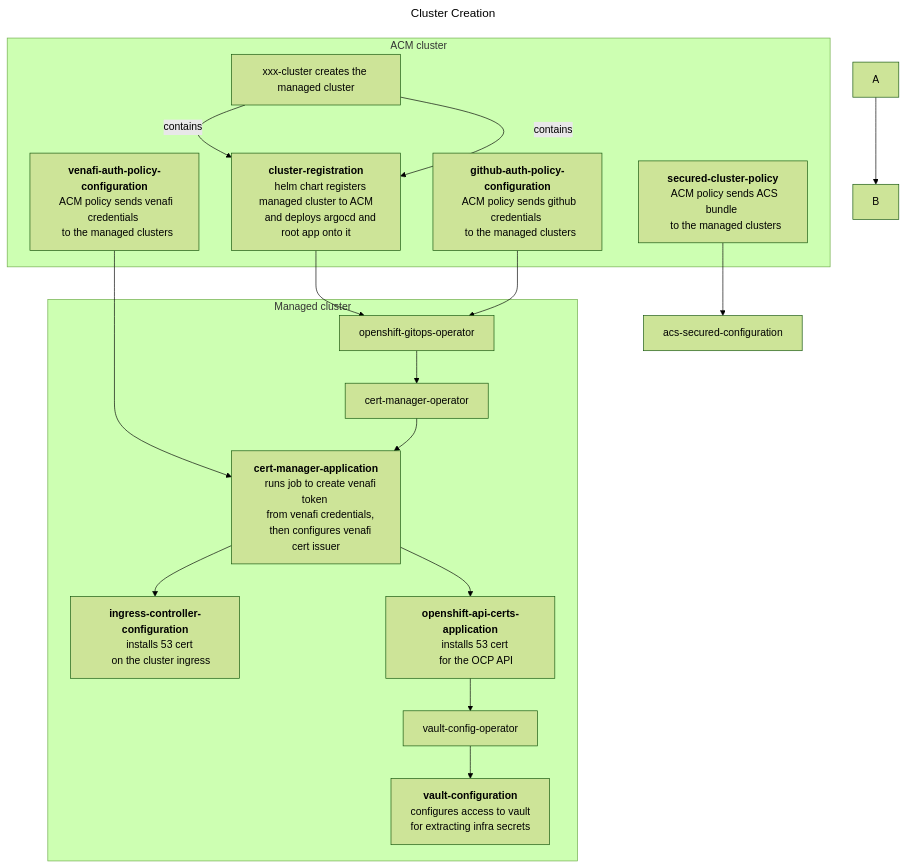
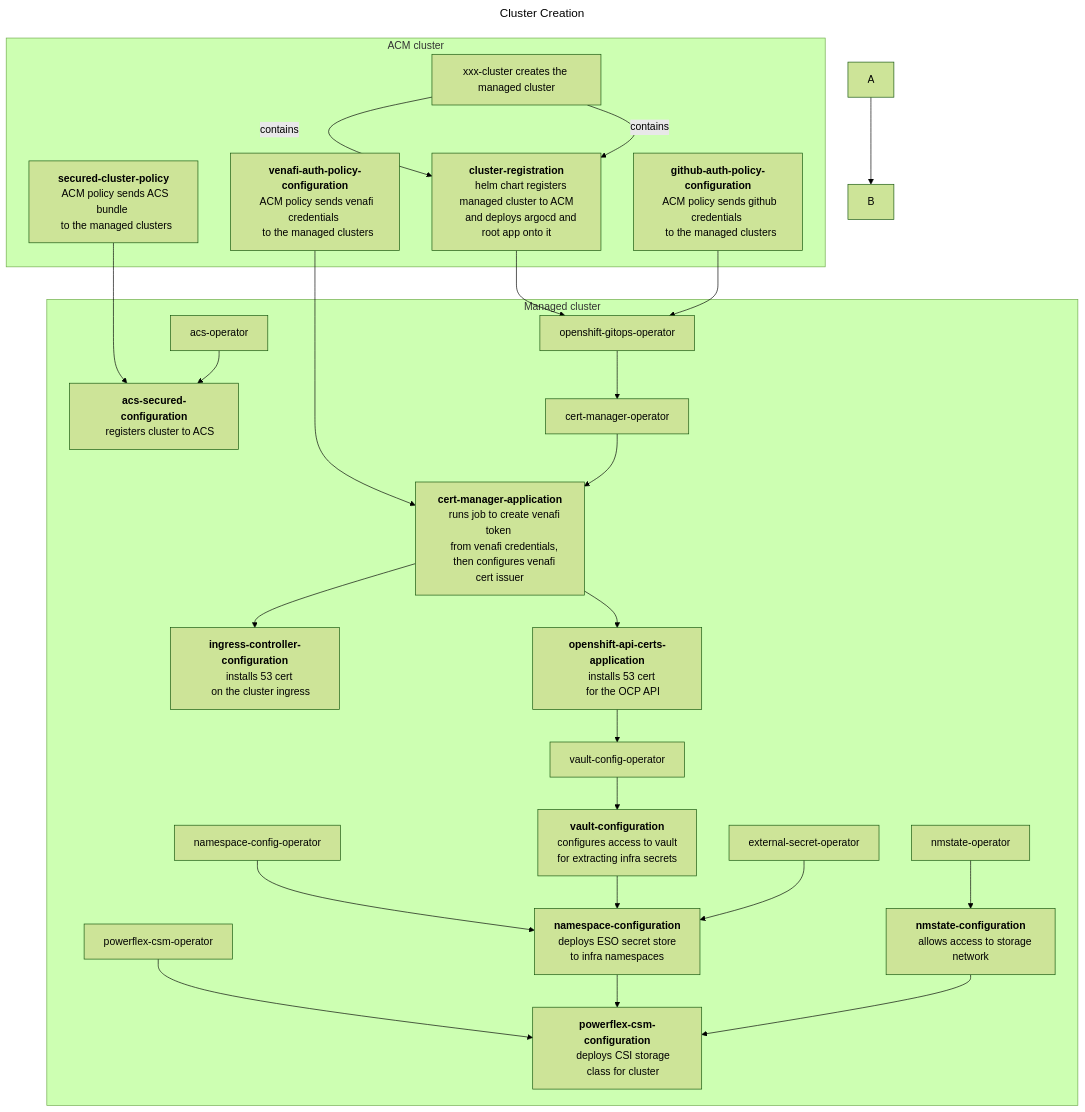
The diagram in test-mermaid/test-mermaid.build.md (mmwillingham/acm), drawn with Mermaid (forest theme) before and after one commit. The commit also changed other lines of this file, not shown here.

````diff
--- a/test-mermaid/test-mermaid.build.md
+++ b/test-mermaid/test-mermaid.build.md
@@ -2,45 +2,59 @@
 ```mermaid
 ---
 title: Cluster Creation
 ---
 flowchart TD
 A --> B
 venafi-auth-policy-configuration --> cert-manager-application
 cluster-registration --> openshift-gitops-operator
 github-auth-policy-configuration --> openshift-gitops-operator
 secured-cluster-policy --> acs-secured-configuration
 subgraph ACM cluster
 xxx-cluster["xxx-cluster creates the managed cluster"] -- contains --> cluster-registration["<b>cluster-registration</b>
   helm chart registers managed cluster to ACM
   and deploys argocd and root app onto it"]
 venafi-auth-policy-configuration["<b>venafi-auth-policy-configuration</b>
   ACM policy sends venafi credentials 
   to the managed clusters"]
 github-auth-policy-configuration["<b>github-auth-policy-configuration</b>
   ACM policy sends github credentials 
   to the managed clusters"]
 secured-cluster-policy["<b>secured-cluster-policy</b>
   ACM policy sends ACS bundle 
   to the managed clusters"]
 end
 subgraph Managed cluster
 xxx-cluster["xxx-cluster creates the managed cluster"] -- contains --> cluster-registration["<b>cluster-registration</b>
     helm chart registers managed cluster to ACM
     and deploys argocd and root app onto it"]
 openshift-gitops-operator --> cert-manager-operator
 cert-manager-operator --> cert-manager-application["<b>cert-manager-application</b>
     runs job to create venafi token 
     from venafi credentials, 
     then configures venafi cert issuer"]
 cert-manager-application --> ingress-controller-configuration["<b>ingress-controller-configuration</b>
     installs 53 cert 
     on the cluster ingress"]
 cert-manager-application --> openshift-api-certs-application["<b>openshift-api-certs-application</b>
     installs 53 cert 
     for the OCP API"]    
 openshift-api-certs-application --> vault-config-operator
 vault-config-operator --> vault-configuration["<b>vault-configuration</b>
     configures access to vault 
     for extracting infra secrets"]
+nmstate-operator --> nmstate-configuration["<b>nmstate-configuration</b>
+    allows access to storage network"]
+namespace-config-operator --> namespace-configuration["<b>namespace-configuration</b>
+    deploys ESO secret store 
+    to infra namespaces"]
+vault-configuration --> namespace-configuration
+external-secret-operator --> namespace-configuration
+powerflex-csm-operator --> powerflex-csm-configuration["<b>powerflex-csm-configuration</b>
+    deploys CSI storage
+    class for cluster"]
+namespace-configuration --> powerflex-csm-configuration
+nmstate-configuration --> powerflex-csm-configuration
+acs-operator --> acs-secured-configuration["<b>acs-secured-configuration</b>
+    registers cluster to ACS"]    
 end
 ```
````
